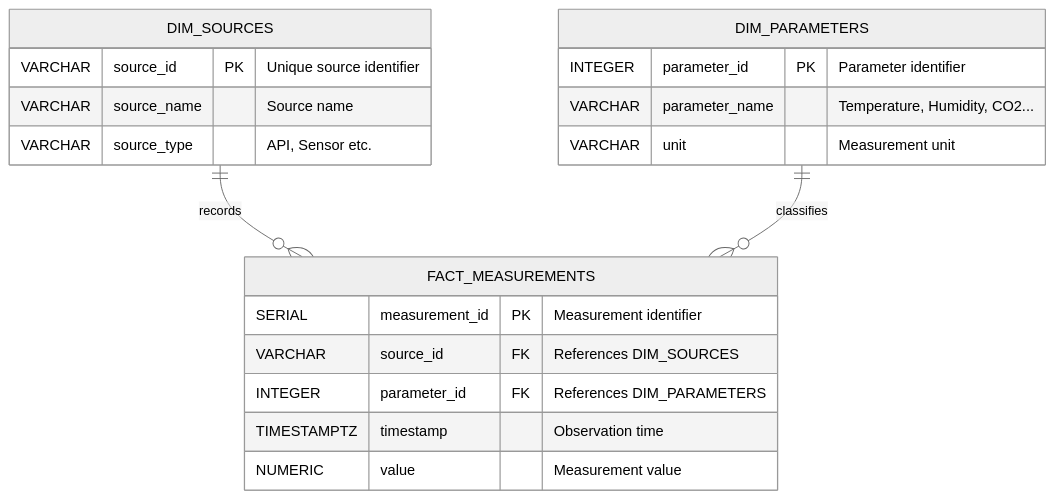
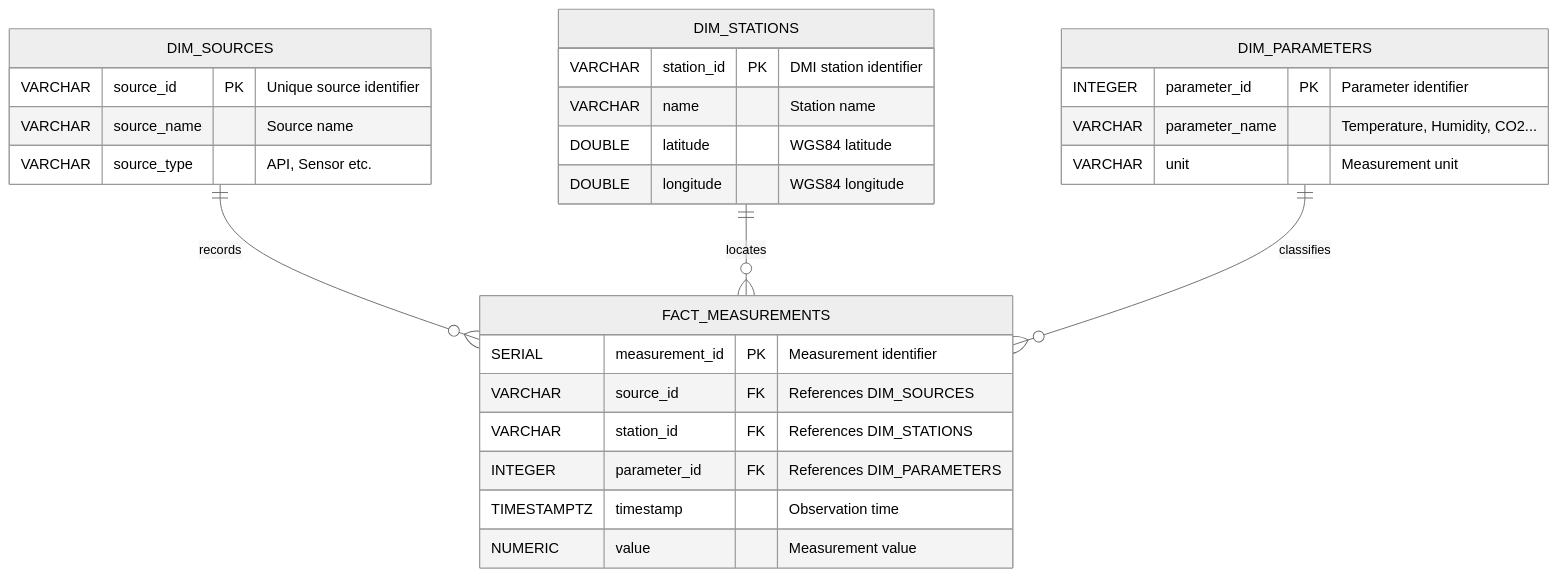
One commit to mielouise/environment_data_project changed the fourth of 4 diagrams in README.md. Above: the diagram before and after it, drawn with Mermaid (neutral theme). The commit also changed other lines of this file and 32 other files, not shown here.

````diff
--- a/README.md
+++ b/README.md
@@ -476,25 +628,34 @@
 ```mermaid
 erDiagram
     DIM_SOURCES ||--o{ FACT_MEASUREMENTS : records
+    DIM_STATIONS ||--o{ FACT_MEASUREMENTS : locates
     DIM_PARAMETERS ||--o{ FACT_MEASUREMENTS : classifies
 
     DIM_SOURCES {
         VARCHAR source_id PK "Unique source identifier"
         VARCHAR source_name "Source name"
         VARCHAR source_type "API, Sensor etc."
     }
 
     DIM_PARAMETERS {
         INTEGER parameter_id PK "Parameter identifier"
         VARCHAR parameter_name "Temperature, Humidity, CO2..."
         VARCHAR unit "Measurement unit"
     }
 
+    DIM_STATIONS {
+        VARCHAR station_id PK "DMI station identifier"
+        VARCHAR name "Station name"
+        DOUBLE latitude "WGS84 latitude"
+        DOUBLE longitude "WGS84 longitude"
+    }
+
     FACT_MEASUREMENTS {
         SERIAL measurement_id PK "Measurement identifier"
         VARCHAR source_id FK "References DIM_SOURCES"
+        VARCHAR station_id FK "References DIM_STATIONS"
         INTEGER parameter_id FK "References DIM_PARAMETERS"
         TIMESTAMPTZ timestamp "Observation time"
         NUMERIC value "Measurement value"
     }
 ```
````
